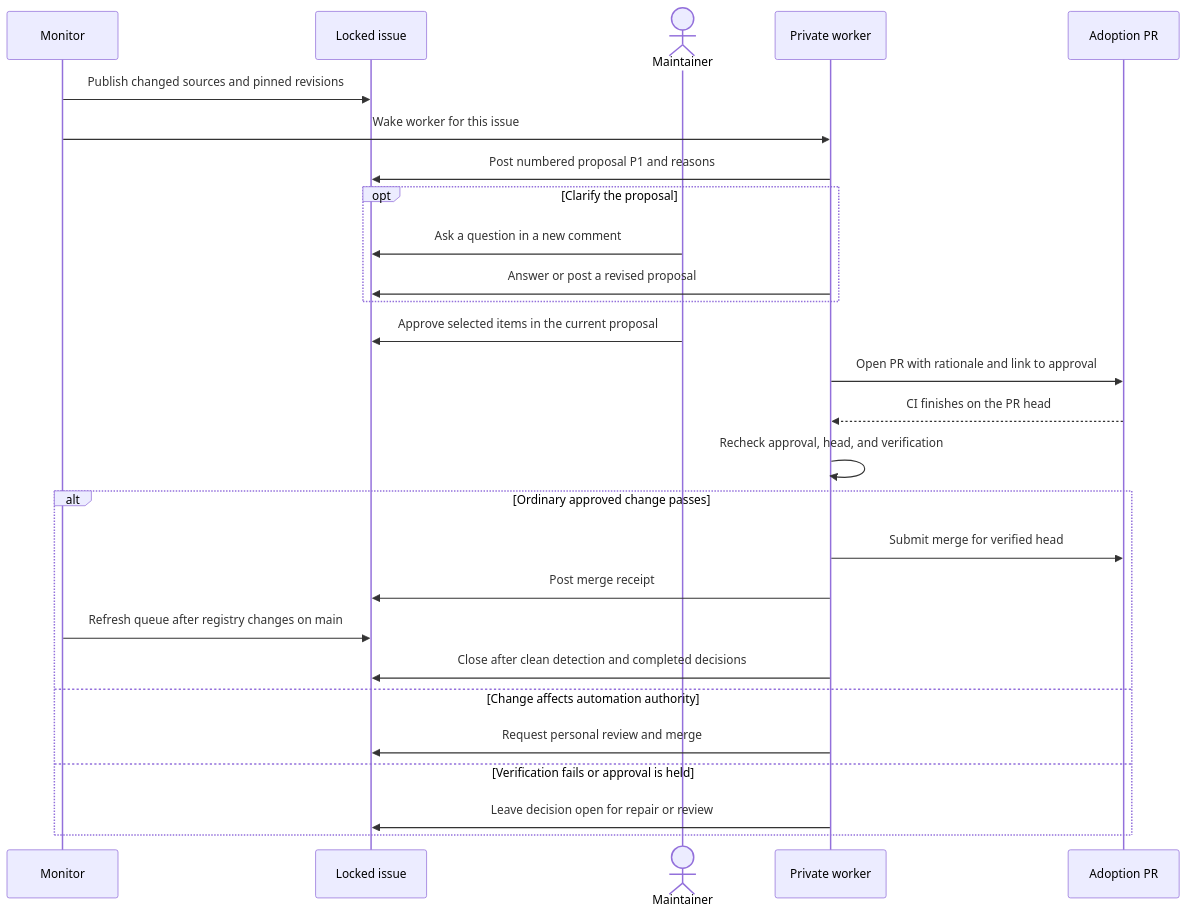
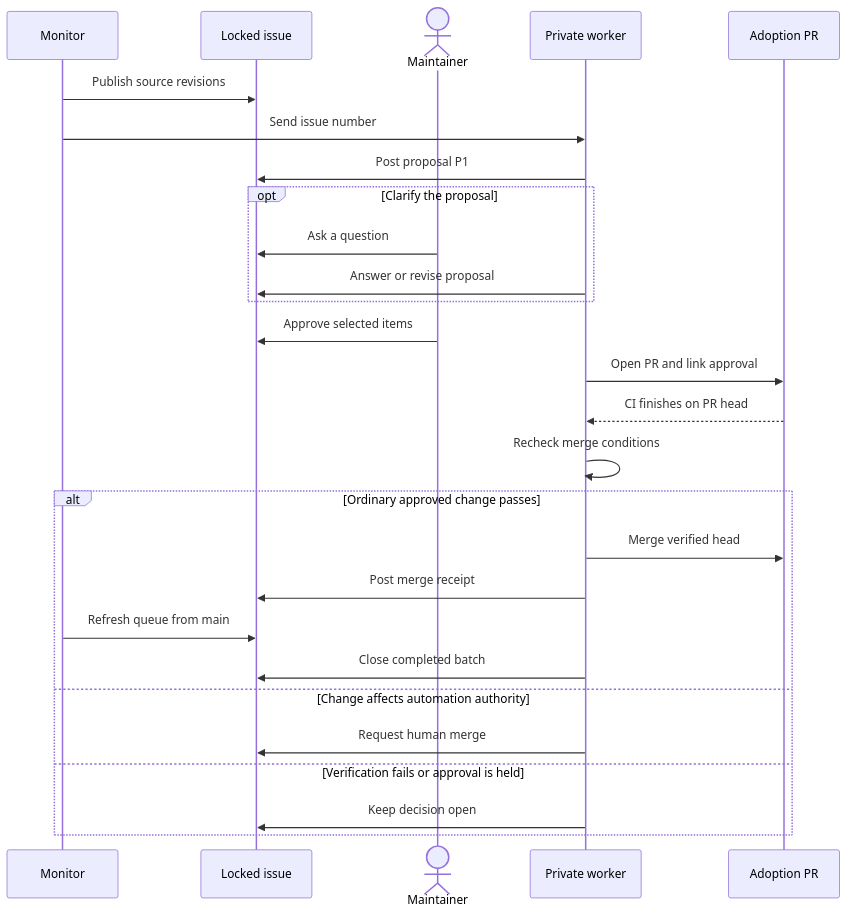
One commit to jaki95/agent-harness changed the second of 2 diagrams in docs/upstream-operator.md. Above: the diagram before and after it, drawn with Mermaid. The commit also changed other lines of this file, not shown here.

Commit message:
Fit the diagrams to the guide and document the dispatch handoff

````diff
--- a/docs/upstream-operator.md
+++ b/docs/upstream-operator.md
@@ -39,29 +39,29 @@
 ```mermaid
 sequenceDiagram
     participant M as Monitor
     participant I as Locked issue
     actor O as Maintainer
     participant W as Private worker
     participant P as Adoption PR
-    M->>I: Publish changed sources and pinned revisions
-    M->>W: Wake worker for this issue
-    W->>I: Post numbered proposal P1 and reasons
+    M->>I: Publish source revisions
+    M->>W: Send issue number
+    W->>I: Post proposal P1
     opt Clarify the proposal
-        O->>I: Ask a question in a new comment
-        W->>I: Answer or post a revised proposal
+        O->>I: Ask a question
+        W->>I: Answer or revise proposal
     end
-    O->>I: Approve selected items in the current proposal
-    W->>P: Open PR with rationale and link to approval
-    P-->>W: CI finishes on the PR head
-    W->>W: Recheck approval, head, and verification
+    O->>I: Approve selected items
+    W->>P: Open PR and link approval
+    P-->>W: CI finishes on PR head
+    W->>W: Recheck merge conditions
     alt Ordinary approved change passes
-        W->>P: Submit merge for verified head
+        W->>P: Merge verified head
         W->>I: Post merge receipt
-        M->>I: Refresh queue after registry changes on main
-        W->>I: Close after clean detection and completed decisions
+        M->>I: Refresh queue from main
+        W->>I: Close completed batch
     else Change affects automation authority
-        W->>I: Request personal review and merge
+        W->>I: Request human merge
     else Verification fails or approval is held
-        W->>I: Leave decision open for repair or review
+        W->>I: Keep decision open
     end
 ```
````
